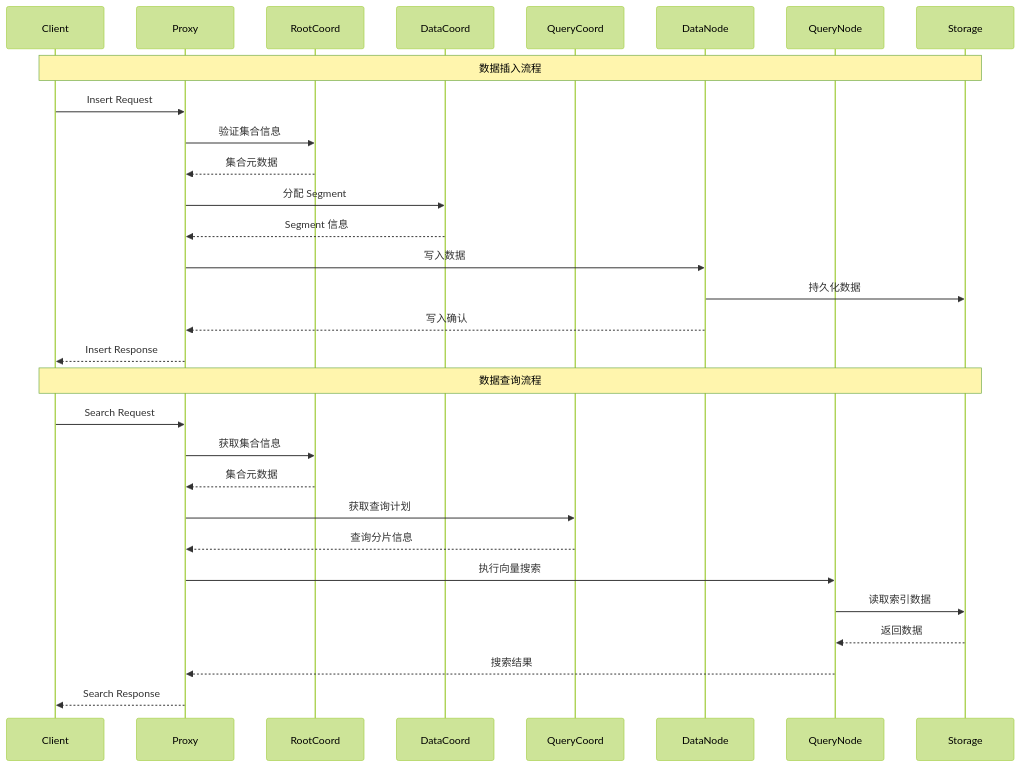
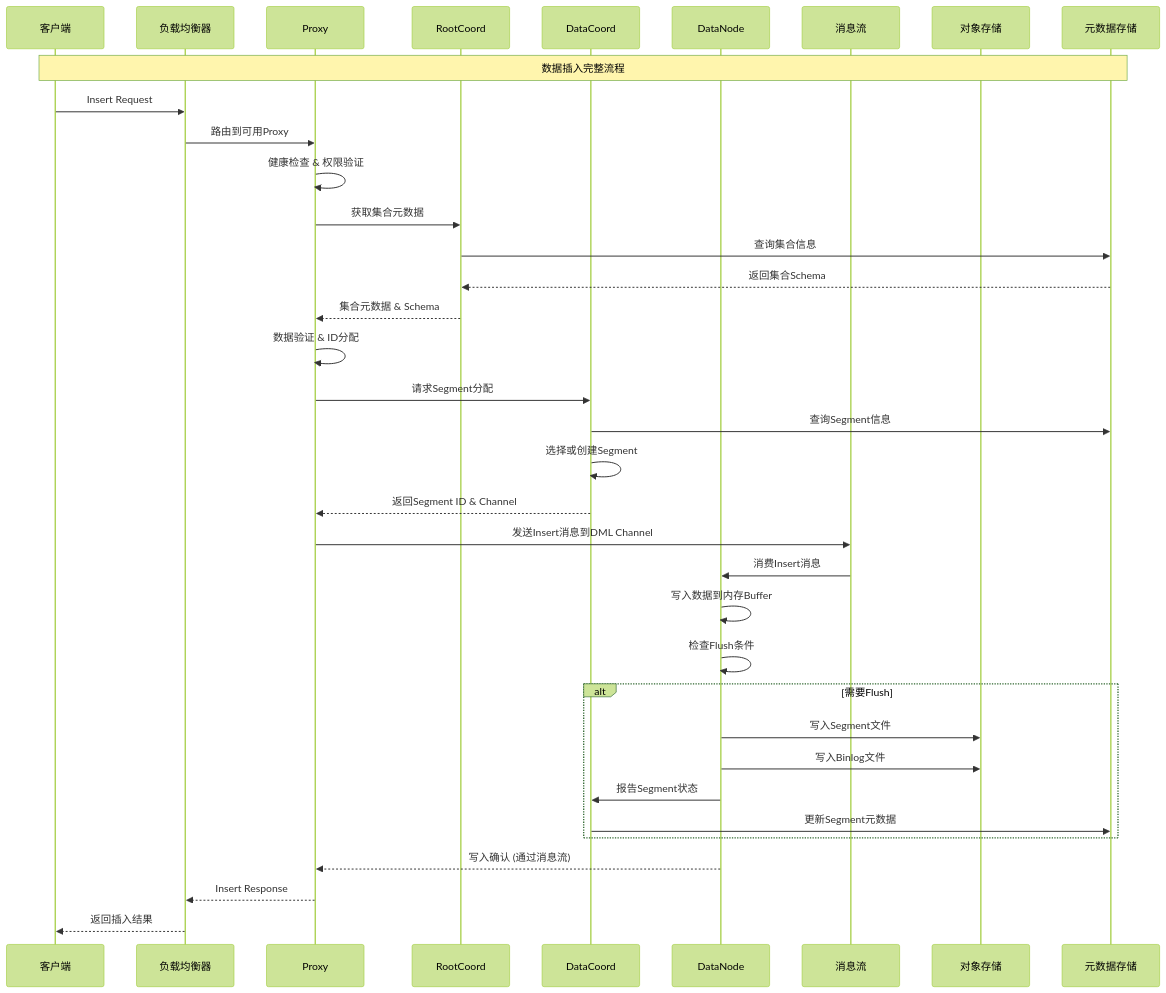
Before and after one commit to haoyunlt/myblog: the sixth of 14 diagrams in content/posts/milvus-source-analysis.md, drawn with Mermaid (forest theme). The commit also changed other lines of this file and 335 other files, not shown here.

````diff
--- a/content/posts/milvus-source-analysis.md
+++ b/content/posts/milvus-source-analysis.md
@@ -450,34 +1573,51 @@
 ```mermaid
 sequenceDiagram
-    participant Client
-    participant Proxy
-    participant RootCoord
-    participant DataCoord
-    participant QueryCoord
-    participant DataNode
-    participant QueryNode
-    participant Storage
+    participant Client as 客户端
+    participant LB as 负载均衡器
+    participant Proxy as Proxy
+    participant RootCoord as RootCoord
+    participant DataCoord as DataCoord
+    participant DataNode as DataNode
+    participant MsgStream as 消息流
+    participant ObjectStore as 对象存储
+    participant MetaStore as 元数据存储
     
-    Note over Client,Storage: 数据插入流程
-    Client->>Proxy: Insert Request
-    Proxy->>RootCoord: 验证集合信息
-    RootCoord-->>Proxy: 集合元数据
-    Proxy->>DataCoord: 分配 Segment
-    DataCoord-->>Proxy: Segment 信息
-    Proxy->>DataNode: 写入数据
-    DataNode->>Storage: 持久化数据
-    DataNode-->>Proxy: 写入确认
-    Proxy-->>Client: Insert Response
+    Note over Client,MetaStore: 数据插入完整流程
     
-    Note over Client,Storage: 数据查询流程
-    Client->>Proxy: Search Request
-    Proxy->>RootCoord: 获取集合信息
-    RootCoord-->>Proxy: 集合元数据
-    Proxy->>QueryCoord: 获取查询计划
-    QueryCoord-->>Proxy: 查询分片信息
-    Proxy->>QueryNode: 执行向量搜索
-    QueryNode->>Storage: 读取索引数据
-    Storage-->>QueryNode: 返回数据
-    QueryNode-->>Proxy: 搜索结果
-    Proxy-->>Client: Search Response
+    %% 1. 客户端请求阶段
+    Client->>LB: Insert Request
+    LB->>Proxy: 路由到可用Proxy
+    
+    %% 2. 请求验证阶段
+    Proxy->>Proxy: 健康检查 & 权限验证
+    Proxy->>RootCoord: 获取集合元数据
+    RootCoord->>MetaStore: 查询集合信息
+    MetaStore-->>RootCoord: 返回集合Schema
+    RootCoord-->>Proxy: 集合元数据 & Schema
+    
+    %% 3. 数据预处理阶段
+    Proxy->>Proxy: 数据验证 & ID分配
+    Proxy->>DataCoord: 请求Segment分配
+    DataCoord->>MetaStore: 查询Segment信息
+    DataCoord->>DataCoord: 选择或创建Segment
+    DataCoord-->>Proxy: 返回Segment ID & Channel
+    
+    %% 4. 数据写入阶段
+    Proxy->>MsgStream: 发送Insert消息到DML Channel
+    MsgStream->>DataNode: 消费Insert消息
+    DataNode->>DataNode: 写入数据到内存Buffer
+    
+    %% 5. 数据持久化阶段
+    DataNode->>DataNode: 检查Flush条件
+    alt 需要Flush
+        DataNode->>ObjectStore: 写入Segment文件
+        DataNode->>ObjectStore: 写入Binlog文件
+        DataNode->>DataCoord: 报告Segment状态
+        DataCoord->>MetaStore: 更新Segment元数据
+    end
+    
+    %% 6. 响应返回阶段
+    DataNode-->>Proxy: 写入确认 (通过消息流)
+    Proxy-->>LB: Insert Response
+    LB-->>Client: 返回插入结果
 ```
````
